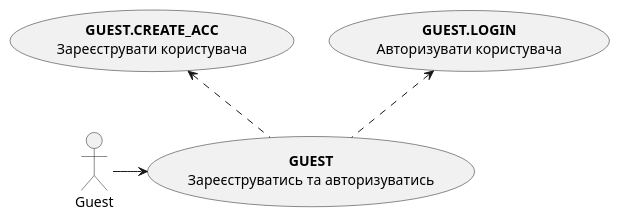
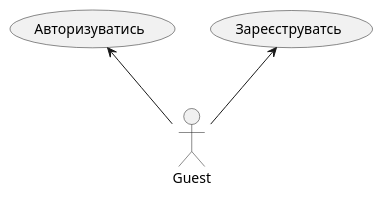
The second of 22 diagrams in docs/use cases/README.md (michigang1/ImForms), drawn with PlantUML before and after one commit. The commit also changed other lines of this file, not shown here.

Commit message:
added new diagrams

```diff
--- a/docs/use cases/README.md
+++ b/docs/use cases/README.md
@@ -35,11 +48,9 @@
 @startuml
-actor Guest
-
-usecase "<b>GUEST\nЗареєструватись та авторизуватись" as G
-usecase "<b>GUEST.CREATE_ACC\nЗареєструвати користувача" as GC
-usecase "<b>GUEST.LOGIN\nАвторизувати користувача" as GL
-Guest -r-> G
-
-G .u.> GL
-G .u.> GC
+  actor Guest
+  
+  usecase "Зареєструватсь" as GR
+  usecase "Авторизуватись" as GA
+  
+  Guest -u-> GR
+  Guest -u-> GA
 @enduml
```
